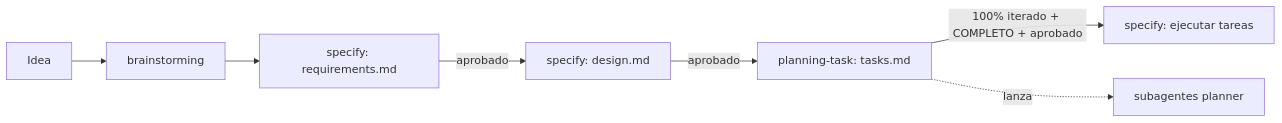
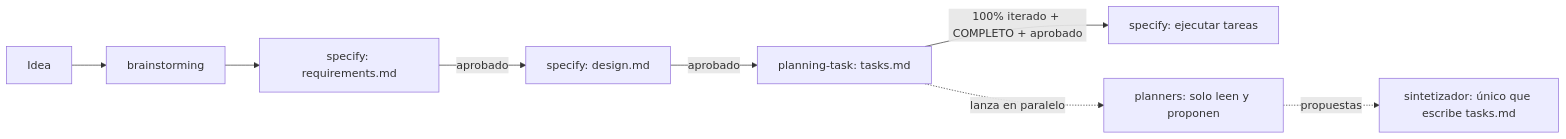
Before and after one commit to cesarcalle/LAB10: the diagram in CLAUDE.md, drawn with Mermaid. The commit also changed other lines of this file and 5 other files, not shown here.

First line of the commit message:
Planner de solo lectura y agente sintetizador como único que escribe tasks.md

````diff
--- a/CLAUDE.md
+++ b/CLAUDE.md
@@ -13,9 +13,10 @@
 ```mermaid
 flowchart LR
     A[Idea] --> B[brainstorming]
     B --> C[specify: requirements.md]
     C -->|aprobado| D[specify: design.md]
     D -->|aprobado| E[planning-task: tasks.md]
     E -->|100% iterado + COMPLETO + aprobado| F[specify: ejecutar tareas]
-    E -. lanza .-> P[subagentes planner]
+    E -. lanza en paralelo .-> P[planners: solo leen y proponen]
+    P -. propuestas .-> S[sintetizador: único que escribe tasks.md]
 ```
````
